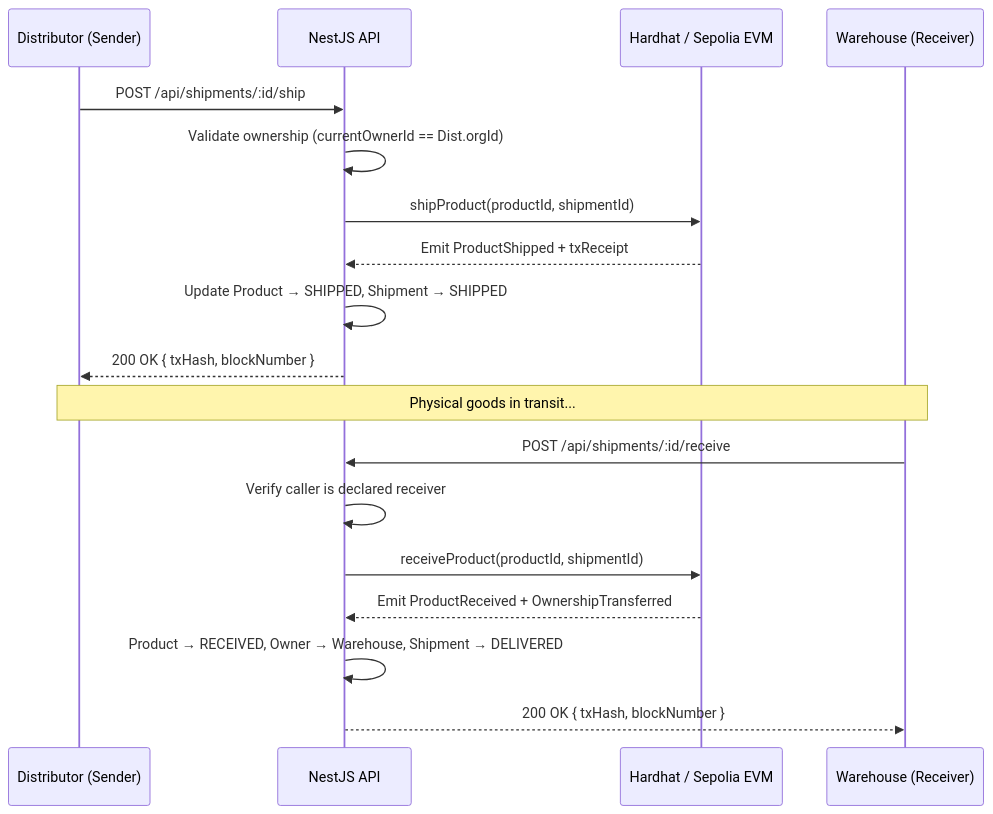
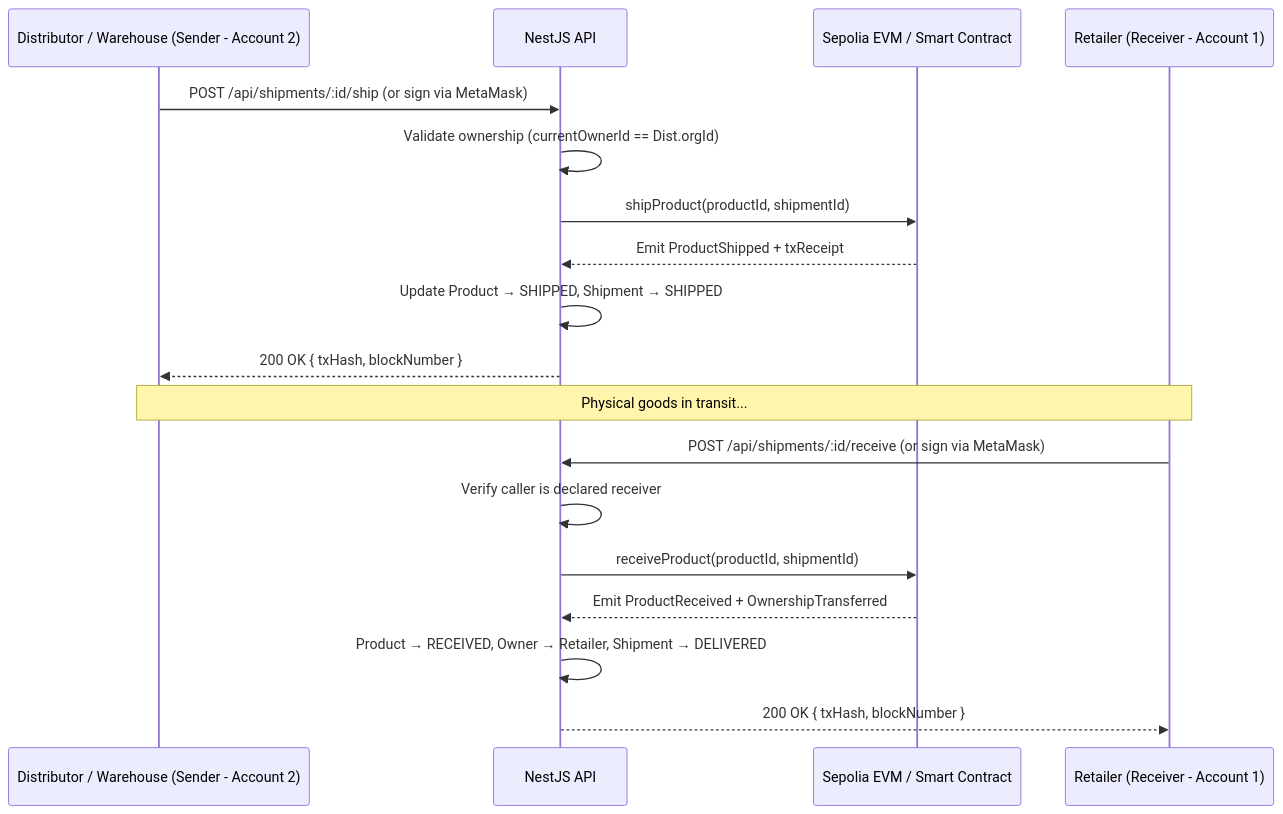
Before and after one commit to Phoomss/B-MOST: the sixth of 7 diagrams in docs/ARCHITECTURE.md, drawn with Mermaid. The commit also changed other lines of this file and 6 other files, not shown here.

````diff
--- a/docs/ARCHITECTURE.md
+++ b/docs/ARCHITECTURE.md
@@ -243,23 +243,23 @@
 ```mermaid
 sequenceDiagram
-    participant Dist as Distributor (Sender)
+    participant Dist as Distributor / Warehouse (Sender - Account 2)
     participant API as NestJS API
-    participant EVM as Hardhat / Sepolia EVM
-    participant WH as Warehouse (Receiver)
+    participant EVM as Sepolia EVM / Smart Contract
+    participant Ret as Retailer (Receiver - Account 1)
 
-    Dist->>API: POST /api/shipments/:id/ship
+    Dist->>API: POST /api/shipments/:id/ship (or sign via MetaMask)
     API->>API: Validate ownership (currentOwnerId == Dist.orgId)
     API->>EVM: shipProduct(productId, shipmentId)
     EVM-->>API: Emit ProductShipped + txReceipt
     API->>API: Update Product → SHIPPED, Shipment → SHIPPED
     API-->>Dist: 200 OK { txHash, blockNumber }
 
-    Note over Dist,WH: Physical goods in transit...
+    Note over Dist,Ret: Physical goods in transit...
 
-    WH->>API: POST /api/shipments/:id/receive
+    Ret->>API: POST /api/shipments/:id/receive (or sign via MetaMask)
     API->>API: Verify caller is declared receiver
     API->>EVM: receiveProduct(productId, shipmentId)
     EVM-->>API: Emit ProductReceived + OwnershipTransferred
-    API->>API: Product → RECEIVED, Owner → Warehouse, Shipment → DELIVERED
-    API-->>WH: 200 OK { txHash, blockNumber }
+    API->>API: Product → RECEIVED, Owner → Retailer, Shipment → DELIVERED
+    API-->>Ret: 200 OK { txHash, blockNumber }
 ```
````
